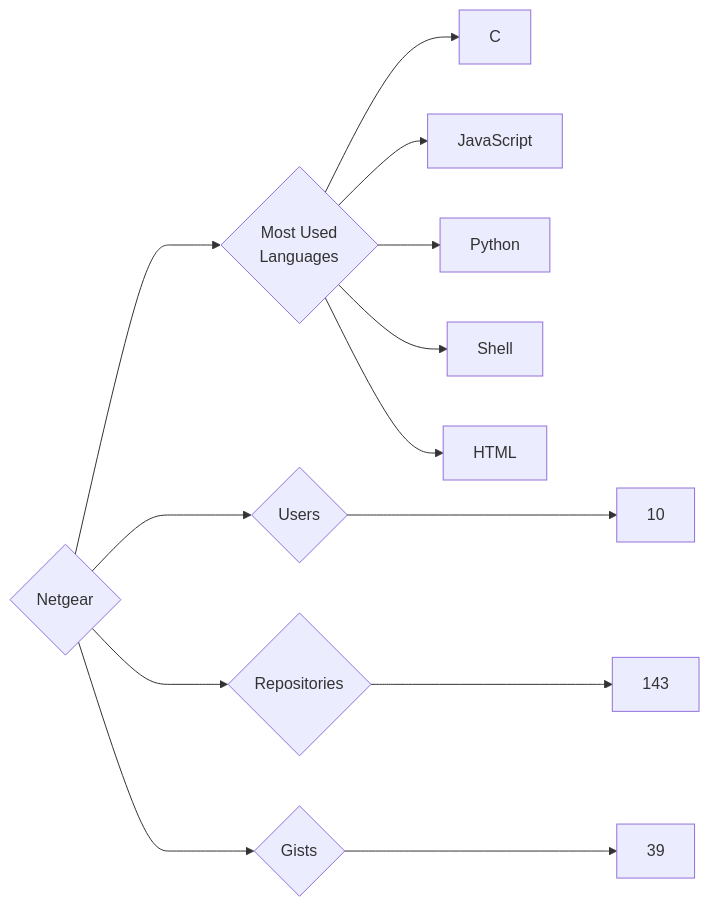
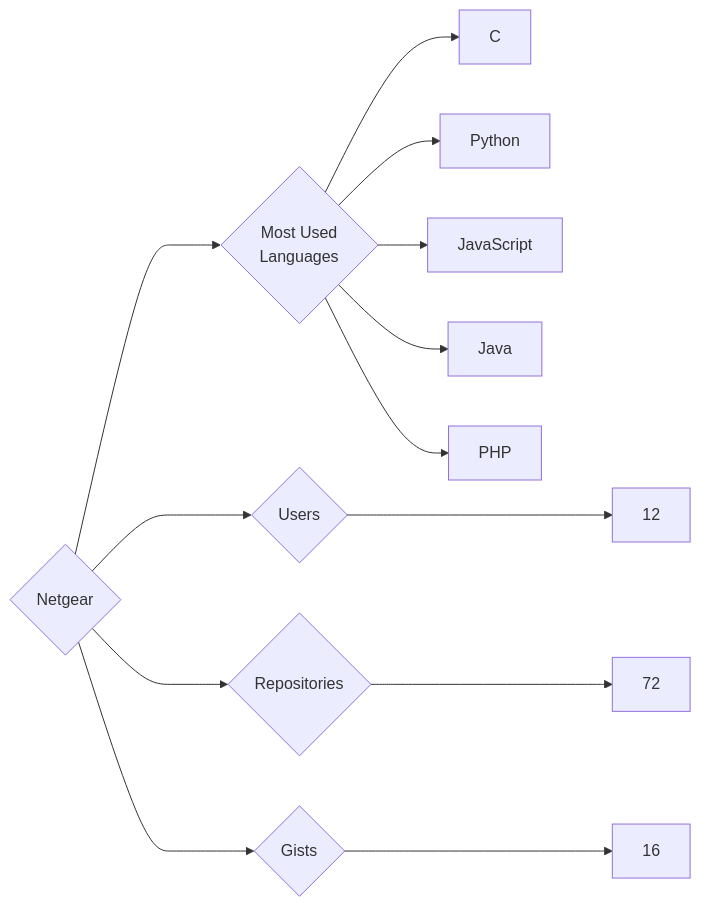
Before and after one commit to trickest/insiders: the diagram in targets/Netgear/README.md, drawn with Mermaid. The commit also changed 695 other files, not shown here.

````diff
--- a/targets/Netgear/README.md
+++ b/targets/Netgear/README.md
@@ -3,13 +3,13 @@
 ```mermaid
 graph LR
 COMPANY_NAME{Netgear}
-COMPANY_NAME ---> U{Users} ---> UN[10]
-COMPANY_NAME ---> R{Repositories} ---> RN[143]
-COMPANY_NAME ---> G{Gists} ---> GN[39]
+COMPANY_NAME ---> U{Users} ---> UN[12]
+COMPANY_NAME ---> R{Repositories} ---> RN[72]
+COMPANY_NAME ---> G{Gists} ---> GN[16]
 COMPANY_NAME ---> ML{Most Used<br>Languages}
 ML --> C[C]
+ML --> Python[Python]
 ML --> JavaScript[JavaScript]
-ML --> Python[Python]
-ML --> Shell[Shell]
-ML --> HTML[HTML]
+ML --> Java[Java]
+ML --> PHP[PHP]
 ```
````
